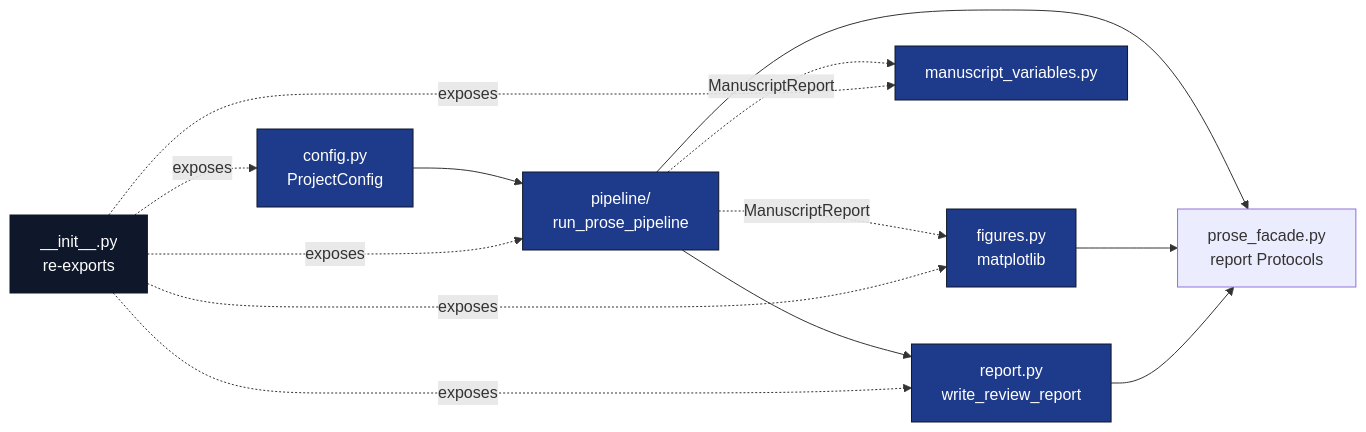
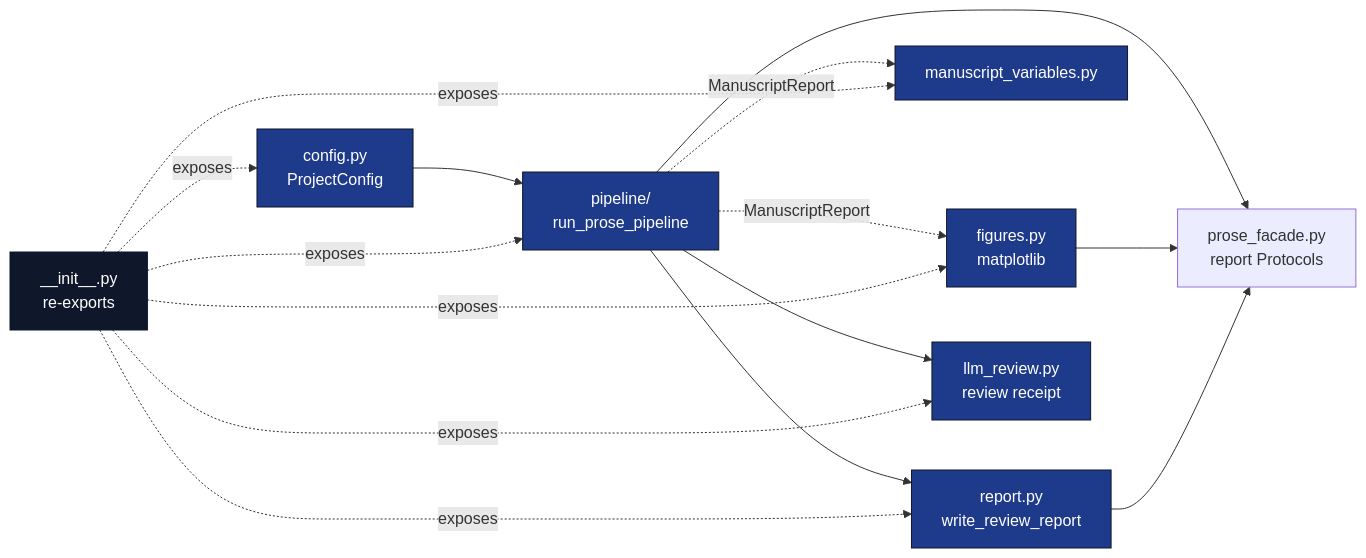
Before and after one commit to docxology/template_prose_project: the diagram in src/AGENTS.md, drawn with Mermaid. The commit also changed other lines of this file and 1 other file, not shown here.

Commit message:
docs: cover src/llm_review.py and pipeline/report_schema.py
- src/AGENTS.md: add the `llm_review.py` file row, its graph node and its
  `__init__.py` re-export edge, and name `pipeline/report_schema.py`
  (`validate_evidence_summary`) in the `pipeline/` row.
- docs/AGENTS.md: classify `src/llm_review.py` as REQUIRED (imported by
  `src/__init__.py` and `src/pipeline/__init__.py`, which writes
  `output/llm_review_receipt.json`; covered by `tests/test_llm_review.py`),
  note that `pipeline/report_schema.py` gates `evidence_summary`, and
  refresh this file's own line count.

Verified: every `src/*.py` module is now named in the `src/` inventory,
every docs inventory line count matches the file on disk, and
`git diff --check` is clean.

````diff
--- a/src/AGENTS.md
+++ b/src/AGENTS.md
@@ -26,28 +27,31 @@
 ```mermaid
 flowchart LR
     CFG[config.py<br/>ProjectConfig]
     PIPE[pipeline/<br/>run_prose_pipeline]
     FIG[figures.py<br/>matplotlib]
     MV[manuscript_variables.py]
     REP[report.py<br/>write_review_report]
     INIT[__init__.py<br/>re-exports]
     PF[prose_facade.py<br/>report Protocols]
+    LLM[llm_review.py<br/>review receipt]
 
     CFG --> PIPE
+    PIPE --> LLM
     PIPE --> REP
     PIPE -. ManuscriptReport .-> FIG
     PIPE -. ManuscriptReport .-> MV
     PIPE --> PF
     FIG --> PF
     REP --> PF
     INIT -. exposes .-> CFG
     INIT -. exposes .-> PIPE
     INIT -. exposes .-> FIG
     INIT -. exposes .-> MV
     INIT -. exposes .-> REP
+    INIT -. exposes .-> LLM
 
     classDef code fill:#1e3a8a,stroke:#0f172a,color:#fff
     classDef pkg fill:#0f172a,stroke:#0f172a,color:#fff
-    class CFG,PIPE,FIG,MV,REP code
+    class CFG,PIPE,FIG,MV,REP,LLM code
     class INIT pkg
 ```
````
